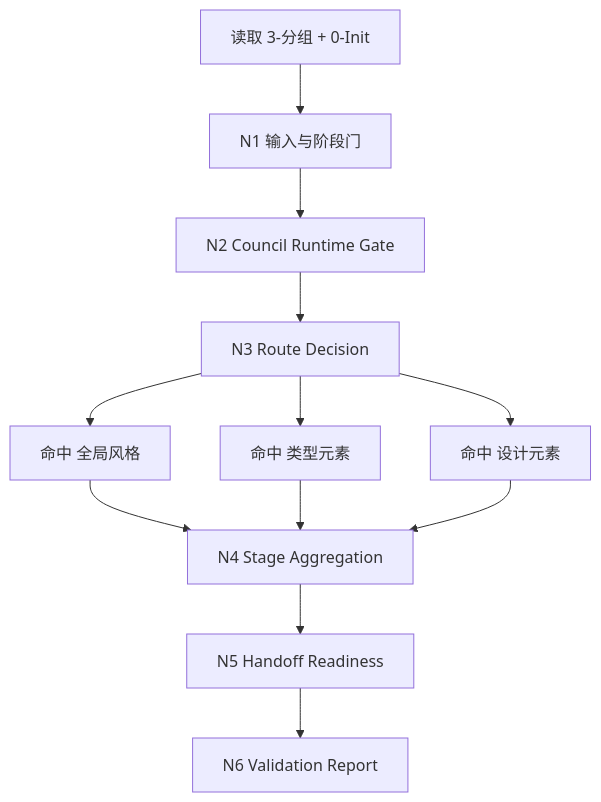
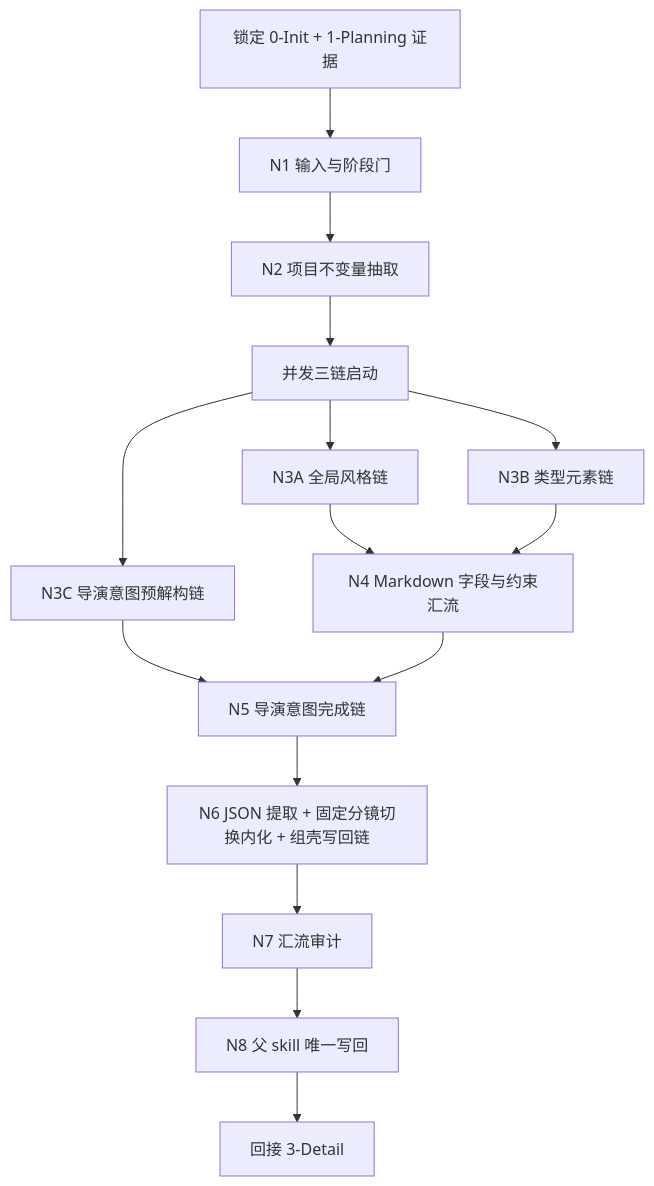
Before and after one commit to ZEN-VOID/AI-CUT: the first of 4 diagrams in .agents/skills/aigc/2-Global/SKILL.md, drawn with Mermaid. The commit also changed other lines of this file and 244 other files, not shown here.

````diff
--- a/.agents/skills/aigc/2-Global/SKILL.md
+++ b/.agents/skills/aigc/2-Global/SKILL.md
@@ -177,14 +138,17 @@
 ```mermaid
 flowchart TD
-    A["读取 3-分组 + 0-Init"] --> B["N1 输入与阶段门"]
-    B --> C["N2 Council Runtime Gate"]
-    C --> D["N3 Route Decision"]
-    D --> E["命中 全局风格"]
-    D --> F["命中 类型元素"]
-    D --> G["命中 设计元素"]
-    E --> H["N4 Stage Aggregation"]
-    F --> H
-    G --> H
-    H --> I["N5 Handoff Readiness"]
-    I --> J["N6 Validation Report"]
+    A["锁定 0-Init + 1-Planning 证据"] --> B["N1 输入与阶段门"]
+    B --> C["N2 项目不变量抽取"]
+    C --> D["并发三链启动"]
+    D --> D1["N3A 全局风格链"]
+    D --> D2["N3B 类型元素链"]
+    D --> D3["N3C 导演意图预解构链"]
+    D1 --> E["N4 Markdown 字段与约束汇流"]
+    D2 --> E
+    D3 --> F["N5 导演意图完成链"]
+    E --> F
+    F --> G["N6 JSON 提取 + 固定分镜切换内化 + 组壳写回链"]
+    G --> H["N7 汇流审计"]
+    H --> I["N8 父 skill 唯一写回"]
+    I --> J["回接 3-Detail"]
 ```
````
